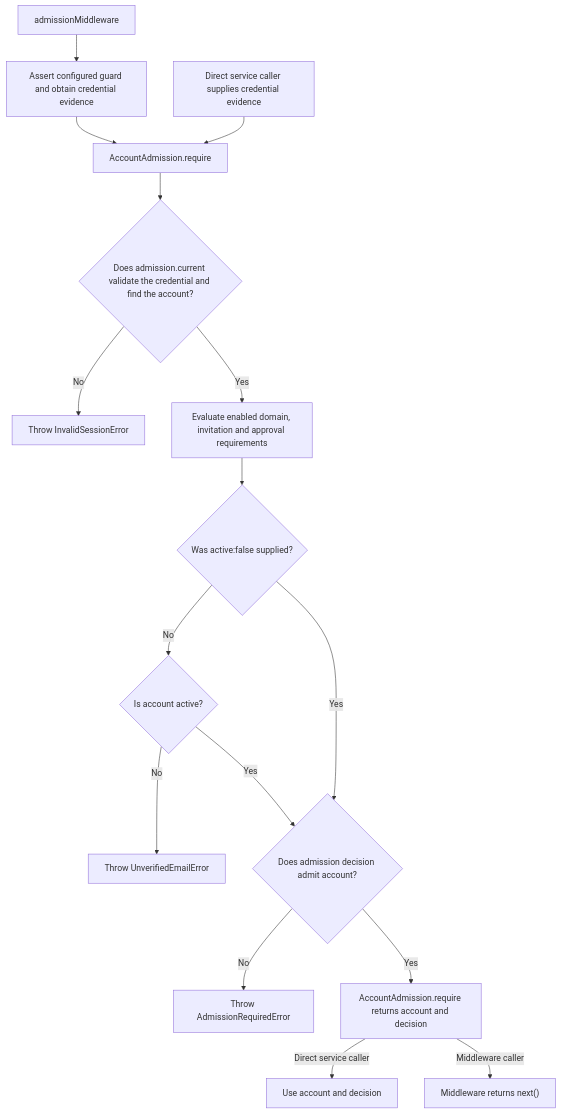
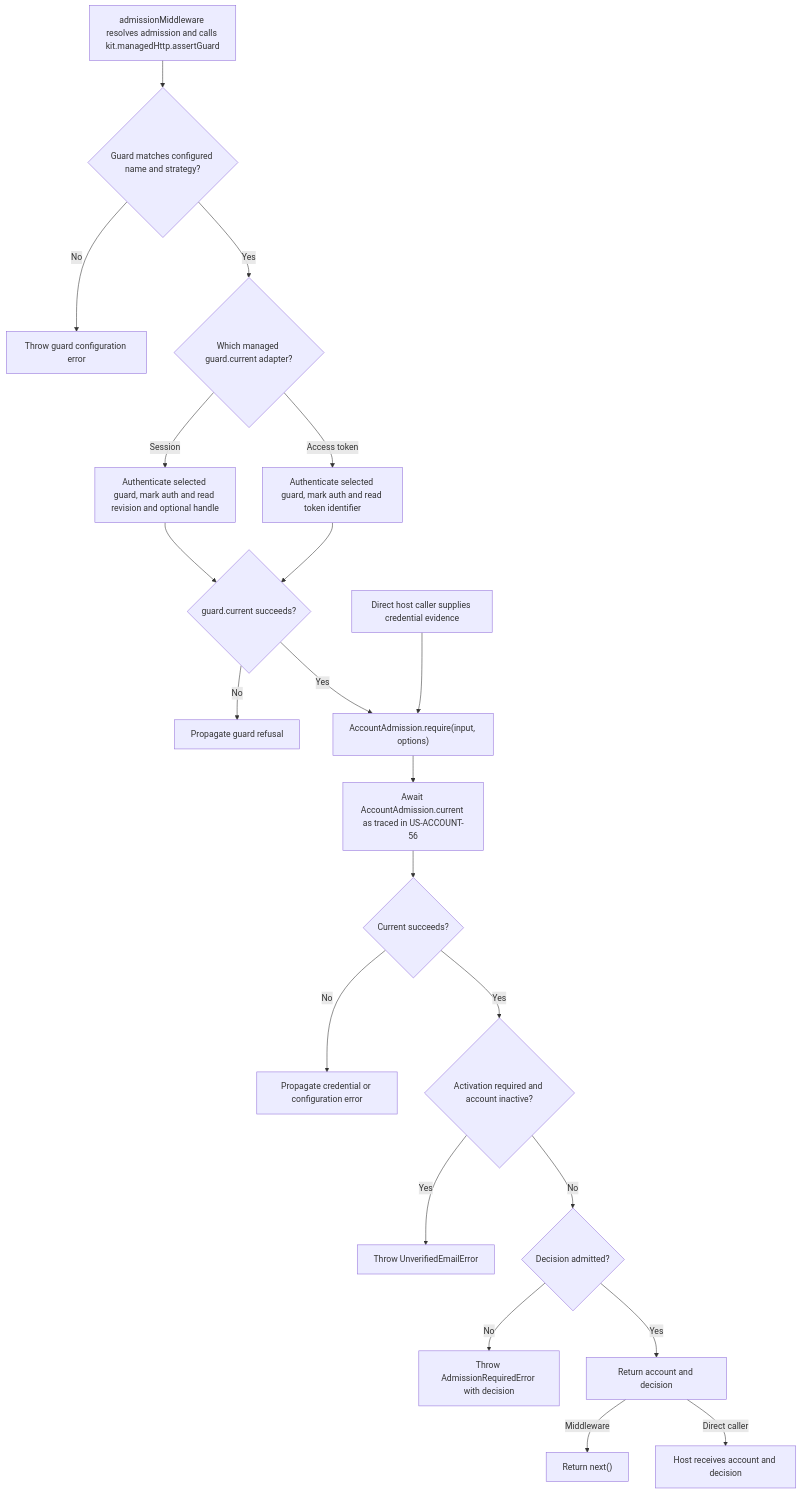
Before and after one commit to Kevinjohn/oss-adonisjs-account-kit: the second of 2 diagrams in user-stories/US-ACCOUNT-25-gate-application-route.md, drawn with Mermaid. The commit also changed other lines of this file and 70 other files, not shown here.

Commit message:
Refresh the Account Kit user story catalogue for 0.6.0

````diff
--- a/user-stories/US-ACCOUNT-25-gate-application-route.md
+++ b/user-stories/US-ACCOUNT-25-gate-application-route.md
@@ -35,18 +36,23 @@
 ```mermaid
 flowchart TD
- A["admissionMiddleware"] --> M["Assert configured guard and obtain credential evidence"]
- M --> R["AccountAdmission.require"]
- S["Direct service caller supplies credential evidence"] --> R
- R --> B{"Does admission.current validate the credential and find the account?"}
- B -->|No| X["Throw InvalidSessionError"]
- B -->|Yes| C["Evaluate enabled domain, invitation and approval requirements"]
- C --> D{"Was active:false supplied?"}
- D -->|No| E{"Is account active?"}
- E -->|No| F["Throw UnverifiedEmailError"]
- E -->|Yes| G{"Does admission decision admit account?"}
- D -->|Yes| G
- G -->|No| H["Throw AdmissionRequiredError"]
- G -->|Yes| I["AccountAdmission.require returns account and decision"]
- I -->|Direct service caller| J["Use account and decision"]
- I -->|Middleware caller| K["Middleware returns next()"]
+ A["admissionMiddleware resolves admission and calls kit.managedHttp.assertGuard"] --> B{"Guard matches configured name and strategy?"}
+ B -->|No| X["Throw guard configuration error"]
+ B -->|Yes| C{"Which managed guard.current adapter?"}
+ C -->|Session| D["Authenticate selected guard, mark auth and read revision and optional handle"]
+ C -->|Access token| E["Authenticate selected guard, mark auth and read token identifier"]
+ D --> Q{"guard.current succeeds?"}
+ E --> Q
+ Q -->|No| Z["Propagate guard refusal"]
+ Q -->|Yes| F["AccountAdmission.require(input, options)"]
+ S["Direct host caller supplies credential evidence"] --> F
+ F --> G["Await AccountAdmission.current as traced in US-ACCOUNT-56"]
+ G --> H{"Current succeeds?"}
+ H -->|No| Y["Propagate credential or configuration error"]
+ H -->|Yes| I{"Activation required and account inactive?"}
+ I -->|Yes| J["Throw UnverifiedEmailError"]
+ I -->|No| K{"Decision admitted?"}
+ K -->|No| L["Throw AdmissionRequiredError with decision"]
+ K -->|Yes| M["Return account and decision"]
+ M -->|Middleware| N["Return next()"]
+ M -->|Direct caller| O["Host receives account and decision"]
 ```
````
